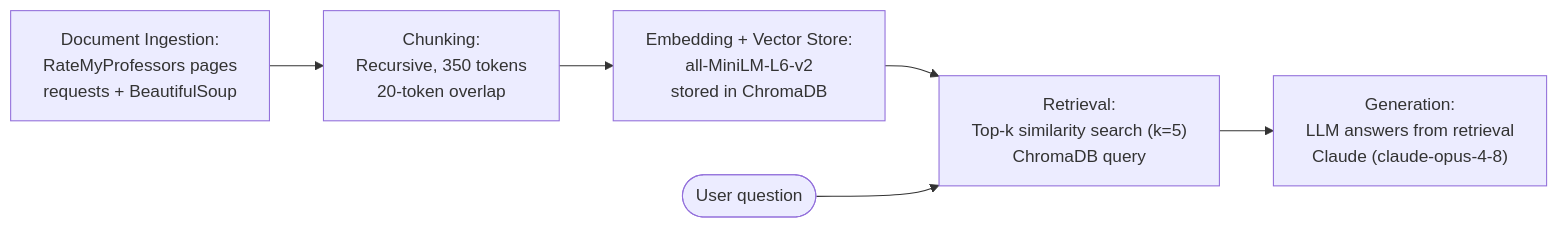
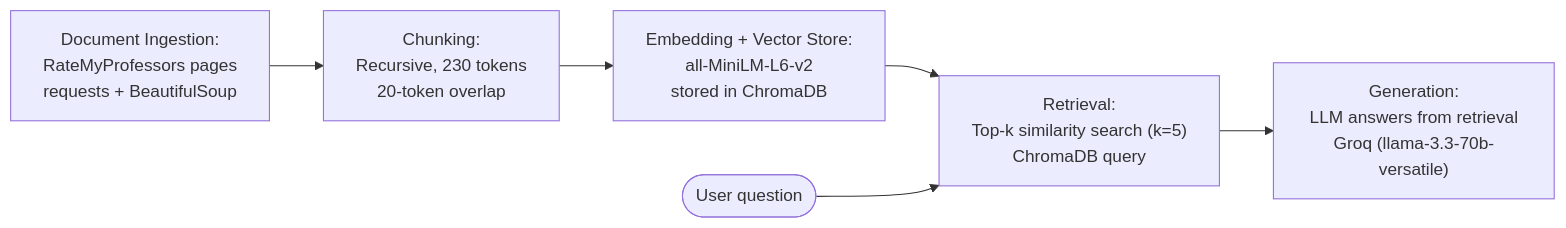
Before and after one commit to RyannWinn/ai201-project1-unofficial-guide-starter: the diagram in planning.md, drawn with Mermaid. The commit also changed other lines of this file and 16 other files, not shown here.

````diff
--- a/planning.md
+++ b/planning.md
@@ -114,10 +117,10 @@
 ```mermaid
 flowchart LR
     A["Document Ingestion:<br/>RateMyProfessors pages<br/>requests + BeautifulSoup"]
-    --> B["Chunking:<br/>Recursive, 350 tokens<br/>20-token overlap"]
+    --> B["Chunking:<br/>Recursive, 230 tokens<br/>20-token overlap"]
     --> C["Embedding + Vector Store:<br/>all-MiniLM-L6-v2<br/>stored in ChromaDB"]
     --> D["Retrieval:<br/>Top-k similarity search (k=5)<br/>ChromaDB query"]
-    --> E["Generation:<br/>LLM answers from retrieval<br/>Claude (claude-opus-4-8)"]
+    --> E["Generation:<br/>LLM answers from retrieval<br/>Groq (llama-3.3-70b-versatile)"]
 
     Q(["User question"]) --> D
 ```
````
